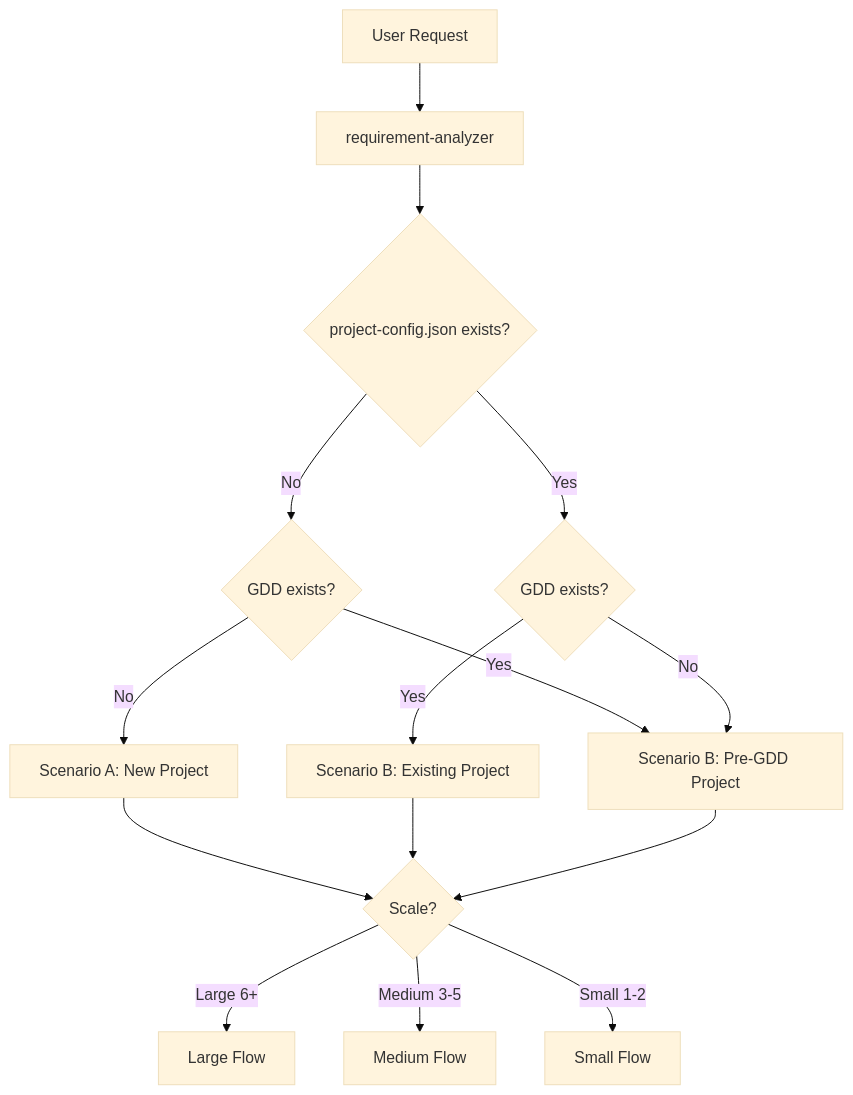
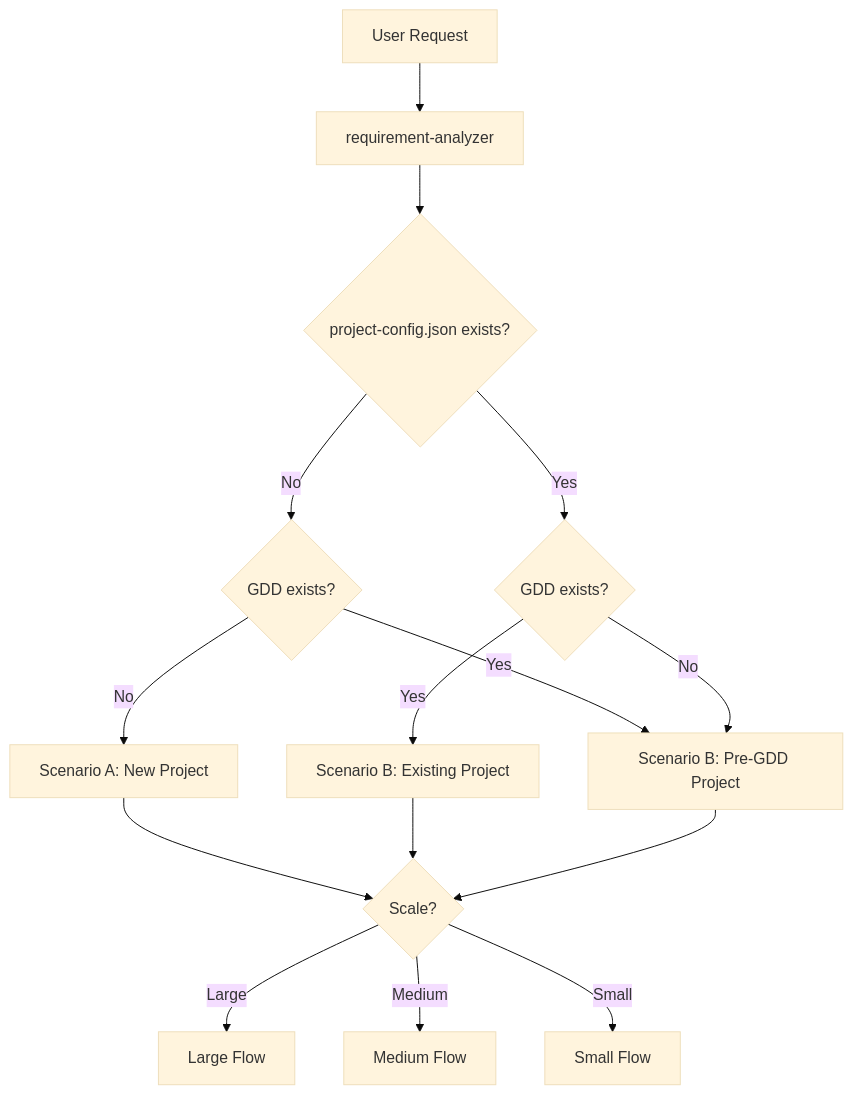
The first of 10 diagrams in docs/overture/gamedev-workflows.md (tundraray/overture), drawn with Mermaid (base theme) before and after one commit. The commit also changed other lines of this file and 174 other files, not shown here.

````diff
--- a/docs/overture/gamedev-workflows.md
+++ b/docs/overture/gamedev-workflows.md
@@ -18,17 +18,17 @@
 ```mermaid
 graph TD
     A[User Request] --> B[requirement-analyzer]
     B --> C{project-config.json exists?}
     C --> |No| D{GDD exists?}
     C --> |Yes| E{GDD exists?}
     D --> |No| F[Scenario A: New Project]
     D --> |Yes| G[Scenario B: Pre-GDD Project]
     E --> |Yes| H[Scenario B: Existing Project]
     E --> |No| G
     F --> SC{Scale?}
     H --> SC
     G --> SC
-    SC --> |Large 6+| L[Large Flow]
-    SC --> |Medium 3-5| M[Medium Flow]
-    SC --> |Small 1-2| S[Small Flow]
+    SC --> |Large| L[Large Flow]
+    SC --> |Medium| M[Medium Flow]
+    SC --> |Small| S[Small Flow]
 ```
````
